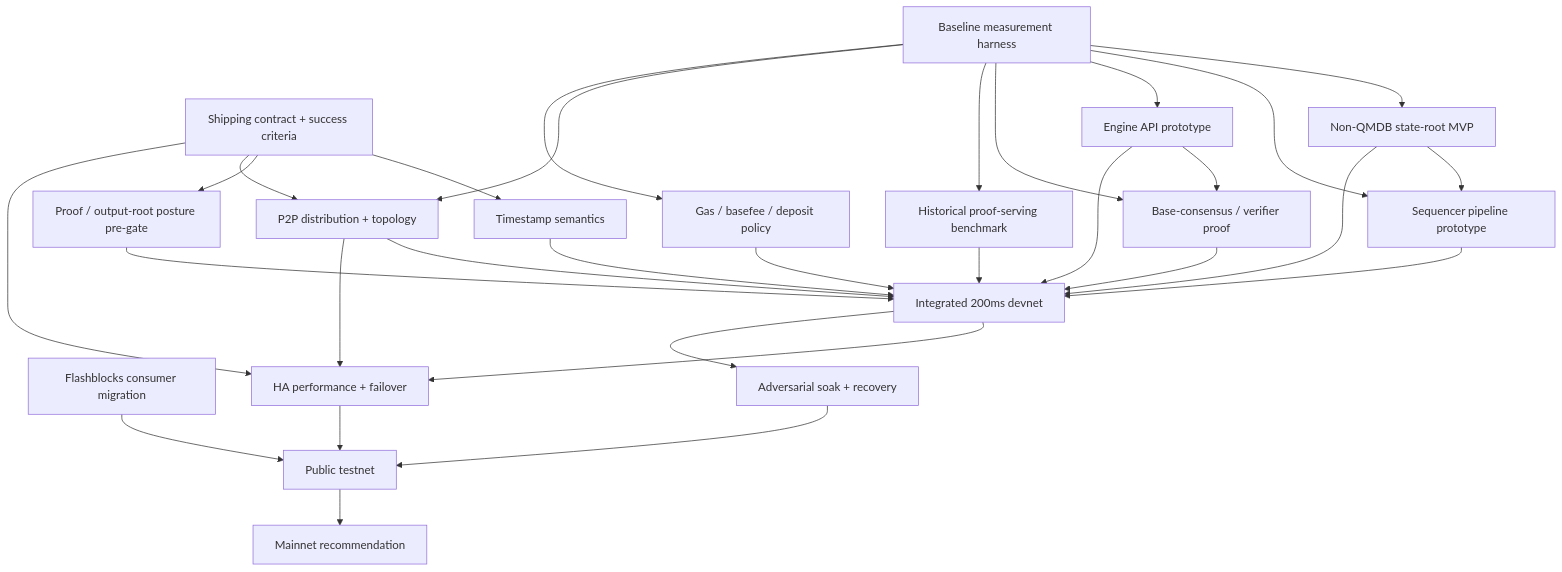
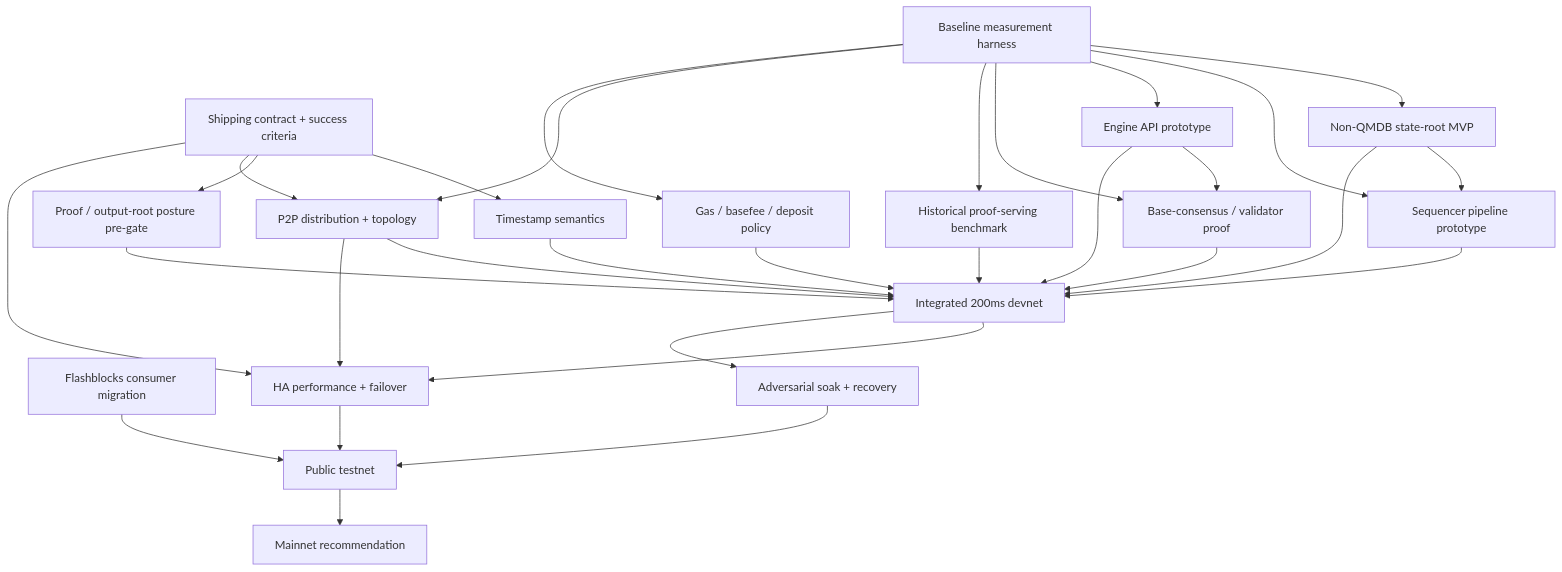
Before and after one commit to 0x00101010/notes: the diagram in 200ms-blocks/src/content/plan.md, drawn with Mermaid. The commit also changed other lines of this file, not shown here.

````diff
--- a/200ms-blocks/src/content/plan.md
+++ b/200ms-blocks/src/content/plan.md
@@ -213,50 +213,50 @@
 ```mermaid
 flowchart TD
     A[Shipping contract + success criteria]
     B[Baseline measurement harness]
     C[Timestamp semantics]
     D[Proof / output-root posture pre-gate]
     E[Non-QMDB state-root MVP]
     F[Sequencer pipeline prototype]
     G[Engine API prototype]
-    H[Base-consensus / verifier proof]
+    H[Base-consensus / validator proof]
     I[Historical proof-serving benchmark]
     K[P2P distribution + topology]
     L[Gas / basefee / deposit policy]
     M[Flashblocks consumer migration]
     N[Integrated 200ms devnet]
     O[HA performance + failover]
     P[Adversarial soak + recovery]
     Q[Public testnet]
     R[Mainnet recommendation]
 
     A --> C
     A --> D
     A --> K
     A --> O
     B --> E
     B --> F
     B --> G
     B --> H
     B --> I
     B --> K
     B --> L
     E --> F
     G --> H
     C --> N
     D --> N
     E --> N
     F --> N
     G --> N
     H --> N
     I --> N
     K --> N
     L --> N
     K --> O
     N --> O
     N --> P
     M --> Q
     O --> Q
     P --> Q
     Q --> R
 ```
````
